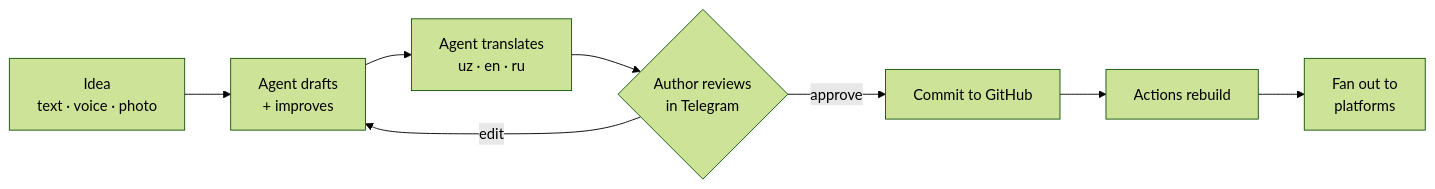
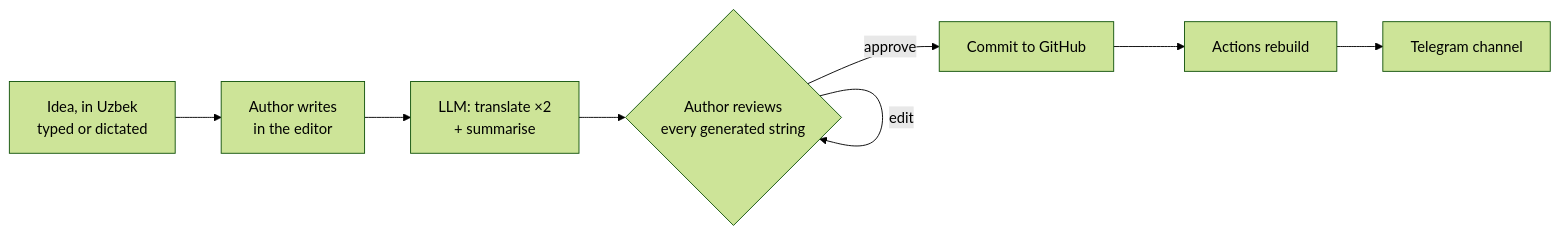
One commit to miuceo/miuceo.github.io changed the third of 4 diagrams in ARCHITECTURE.md. Above: the diagram before and after it, drawn with Mermaid (forest theme). The commit also changed other lines of this file and 3 other files, not shown here.

````diff
--- a/ARCHITECTURE.md
+++ b/ARCHITECTURE.md
@@ -145,10 +155,10 @@
 ```mermaid
 flowchart LR
-    A["Idea<br/>text · voice · photo"] --> B["Agent drafts<br/>+ improves"]
-    B --> C["Agent translates<br/>uz · en · ru"]
-    C --> D{"Author reviews<br/>in Telegram"}
-    D -->|edit| B
+    A["Idea, in Uzbek<br/>typed or dictated"] --> B["Author writes<br/>in the editor"]
+    B --> C["LLM: translate ×2<br/>+ summarise"]
+    C --> D{"Author reviews<br/>every generated string"}
+    D -->|edit| D
     D -->|approve| E["Commit to GitHub"]
     E --> F["Actions rebuild"]
-    F --> G["Fan out to<br/>platforms"]
+    F --> G["Telegram channel"]
 ```
````
